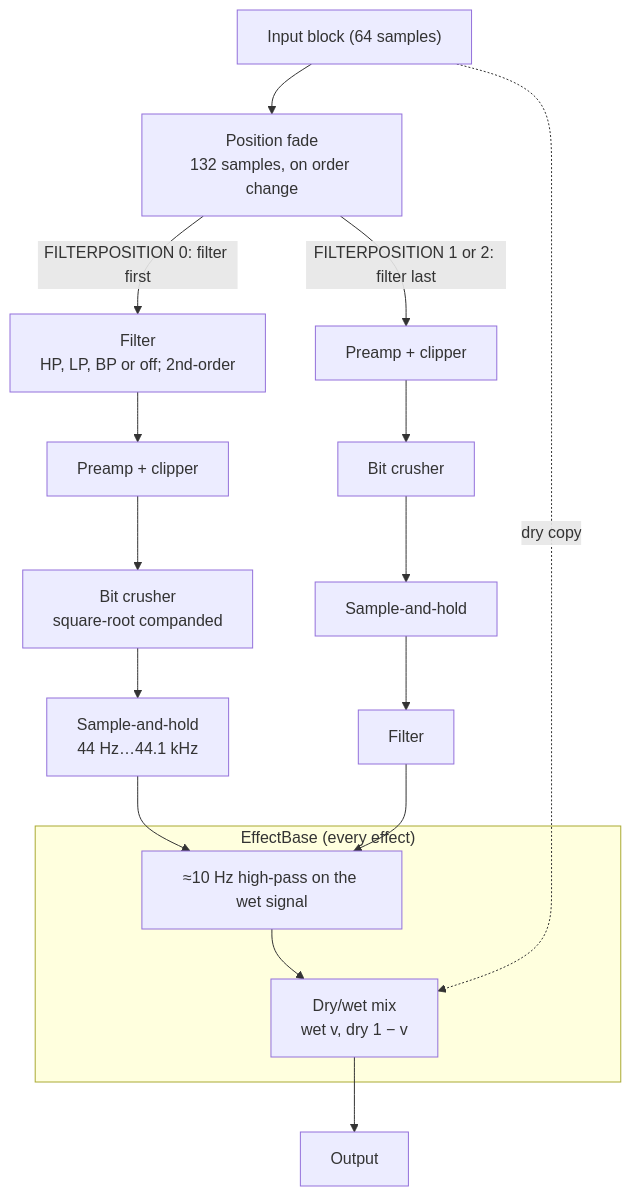
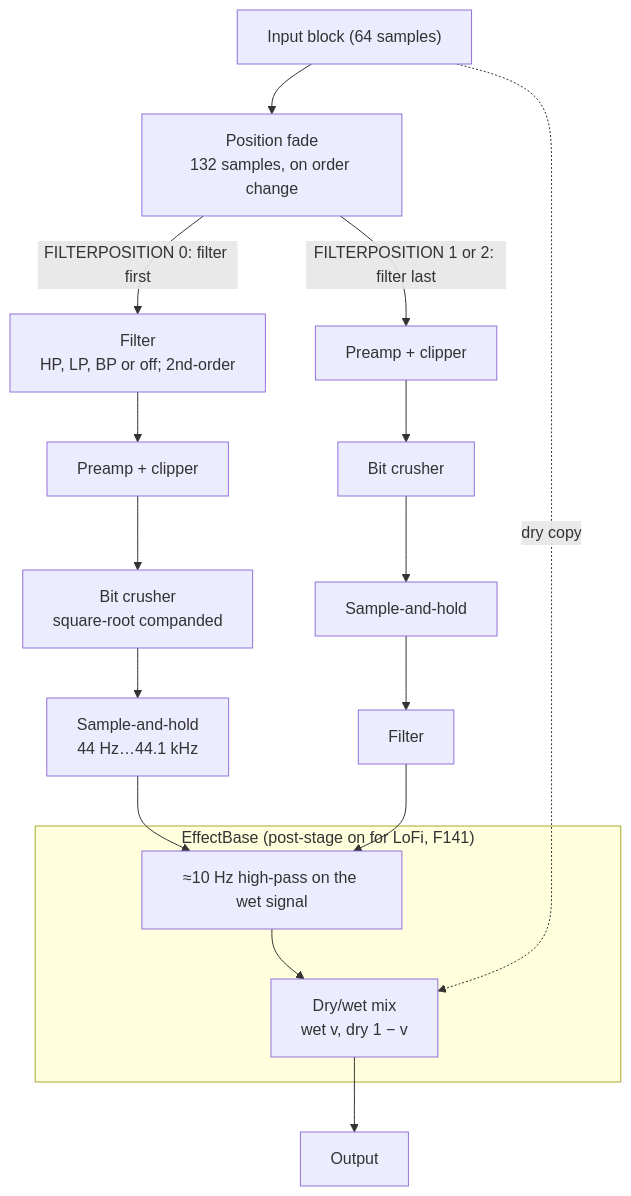
The diagram in docs/effects/lofi.md (mtaylortech/PioneerSP16FirmwareResearch), drawn with Mermaid before and after one commit. The commit also changed other lines of this file and 95 other files, not shown here.

````diff
--- a/docs/effects/lofi.md
+++ b/docs/effects/lofi.md
@@ -26,15 +36,15 @@
 ```mermaid
 flowchart TD
   IN["Input block (64 samples)"] --> PF["Position fade<br/>132 samples, on order change"]
   PF -->|"FILTERPOSITION 0: filter first"| A1["Filter<br/>HP, LP, BP or off; 2nd-order"]
   A1 --> A2["Preamp + clipper"] --> A3["Bit crusher<br/>square-root companded"] --> A4["Sample-and-hold<br/>44 Hz…44.1 kHz"]
   PF -->|"FILTERPOSITION 1 or 2: filter last"| B1["Preamp + clipper"]
   B1 --> B2["Bit crusher"] --> B3["Sample-and-hold"] --> B4["Filter"]
-  subgraph EB["EffectBase (every effect)"]
+  subgraph EB["EffectBase (post-stage on for LoFi, F141)"]
     HP["≈10 Hz high-pass on the wet signal"] --> MIX["Dry/wet mix<br/>wet v, dry 1 − v"]
   end
   A4 --> HP
   B4 --> HP
   IN -. "dry copy" .-> MIX
   MIX --> OUT["Output"]
 ```
````
